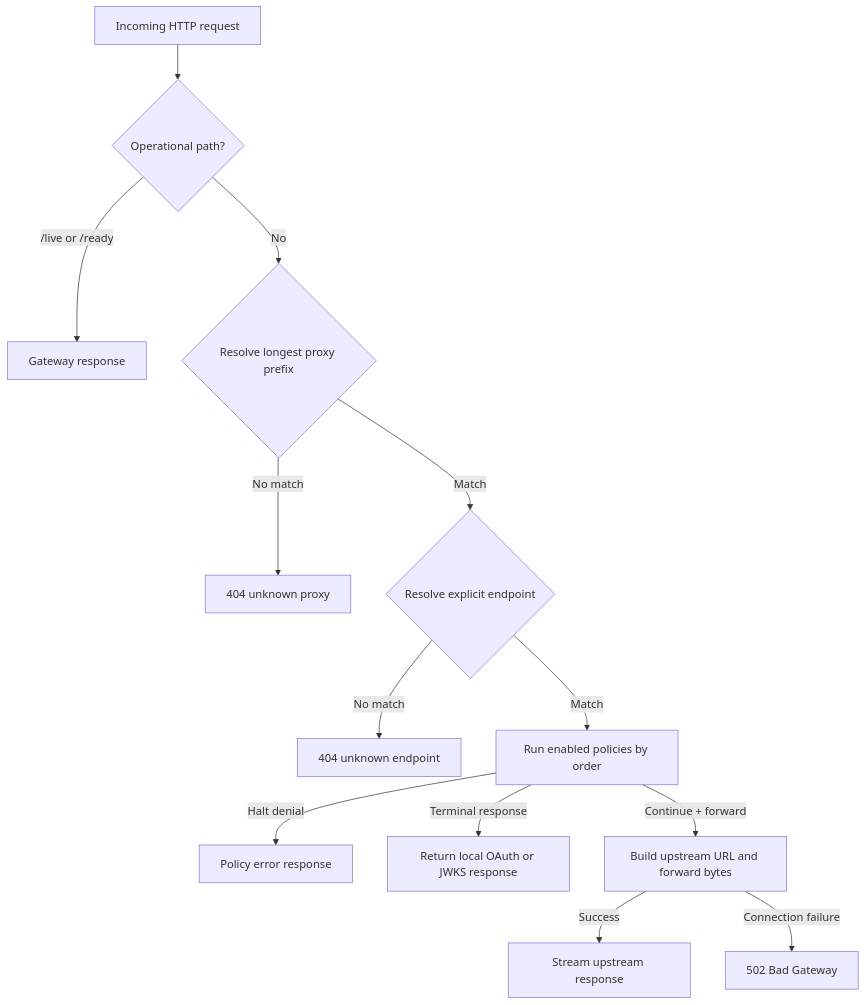
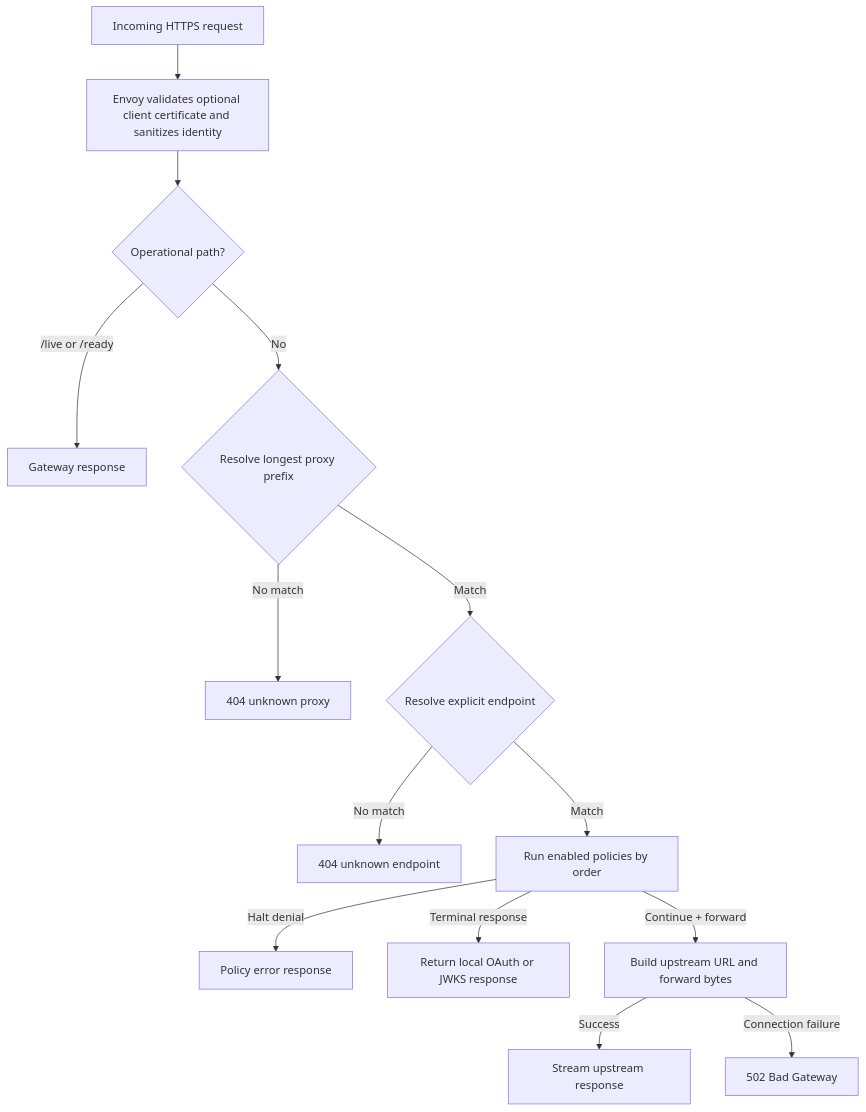
One commit to c4rl0s04/api-gateway-platform changed the diagram in docs/02-architecture/Runtime Request Flow.md. Above: the diagram before and after it, drawn with Mermaid. The commit also changed other lines of this file and 16 other files, not shown here.

Commit message:
docs(mtls): document multi-client pki architecture

````diff
--- a/docs/02-architecture/Runtime Request Flow.md
+++ b/docs/02-architecture/Runtime Request Flow.md
@@ -30,15 +30,16 @@
 ```mermaid
 flowchart TD
-    REQUEST["Incoming HTTP request"] --> OPERATIONAL{"Operational path?"}
+    REQUEST["Incoming HTTPS request"] --> ENVOY["Envoy validates optional client certificate and sanitizes identity"]
+    ENVOY --> OPERATIONAL{"Operational path?"}
     OPERATIONAL -->|"/live or /ready"| HEALTH["Gateway response"]
     OPERATIONAL -->|"No"| PROXY{"Resolve longest proxy prefix"}
     PROXY -->|"No match"| PROXY404["404 unknown proxy"]
     PROXY -->|"Match"| ENDPOINT{"Resolve explicit endpoint"}
     ENDPOINT -->|"No match"| ENDPOINT404["404 unknown endpoint"]
     ENDPOINT -->|"Match"| POLICIES["Run enabled policies by order"]
     POLICIES -->|"Halt denial"| POLICYRESPONSE["Policy error response"]
     POLICIES -->|"Terminal response"| LOCAL["Return local OAuth or JWKS response"]
     POLICIES -->|"Continue + forward"| FORWARD["Build upstream URL and forward bytes"]
     FORWARD -->|"Success"| RESPONSE["Stream upstream response"]
     FORWARD -->|"Connection failure"| BADGATEWAY["502 Bad Gateway"]
 ```
````
